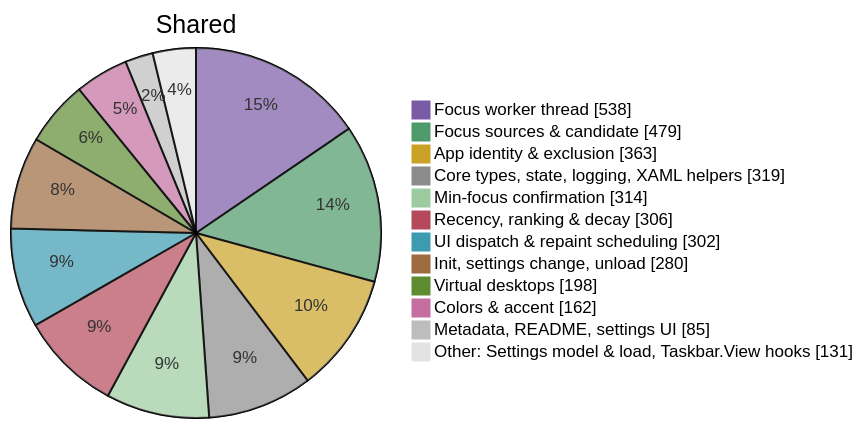
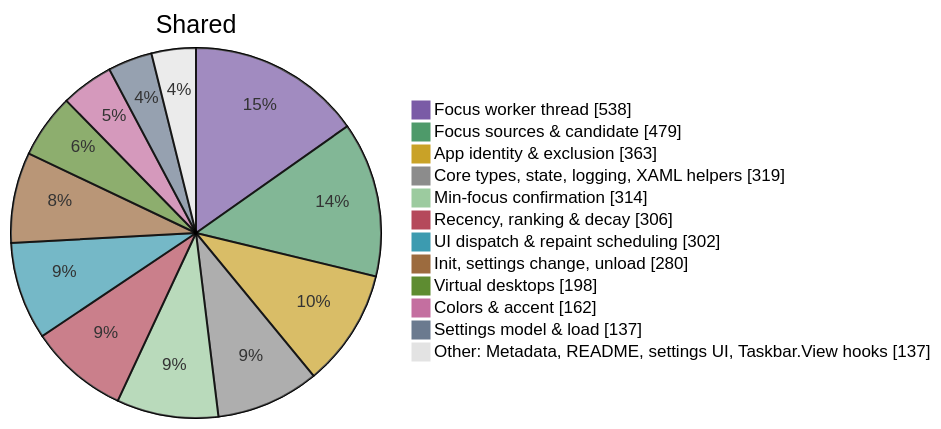
Before and after one commit to jvlasek/taskbar-recent-focus-highlight: the fourth of 5 diagrams in doc/code/code-breakdown.md, drawn with Mermaid. The commit also changed other lines of this file and 10 other files, not shown here.

First line of the commit message:
Settings: app ranking moved into Taskbar icons, transition for 0.11 values

````diff
--- a/doc/code/code-breakdown.md
+++ b/doc/code/code-breakdown.md
@@ -134,16 +134,16 @@
 ```mermaid
-%%{init: {"themeVariables": {"pie1": "#7A5BA6", "pie2": "#4E9A6A", "pie3": "#C9A227", "pie4": "#8C8C8C", "pie5": "#9CCB9F", "pie6": "#B5495B", "pie7": "#3C9BB0", "pie8": "#9C6B3E", "pie9": "#5E8C31", "pie10": "#C46FA0", "pie11": "#BDBDBD", "pie12": "#E3E3E3", "pieOuterStrokeWidth": "1px"}}}%%
+%%{init: {"themeVariables": {"pie1": "#7A5BA6", "pie2": "#4E9A6A", "pie3": "#C9A227", "pie4": "#8C8C8C", "pie5": "#9CCB9F", "pie6": "#B5495B", "pie7": "#3C9BB0", "pie8": "#9C6B3E", "pie9": "#5E8C31", "pie10": "#C46FA0", "pie11": "#6B7A8F", "pie12": "#E3E3E3", "pieOuterStrokeWidth": "1px"}}}%%
 pie showData title Shared
     "Focus worker thread" : 538
     "Focus sources & candidate" : 479
     "App identity & exclusion" : 363
     "Core types, state, logging, XAML helpers" : 319
     "Min-focus confirmation" : 314
     "Recency, ranking & decay" : 306
     "UI dispatch & repaint scheduling" : 302
     "Init, settings change, unload" : 280
     "Virtual desktops" : 198
     "Colors & accent" : 162
-    "Metadata, README, settings UI" : 85
-    "Other: Settings model & load, Taskbar.View hooks" : 131
+    "Settings model & load" : 137
+    "Other: Metadata, README, settings UI, Taskbar.View hooks" : 137
 ```
````
